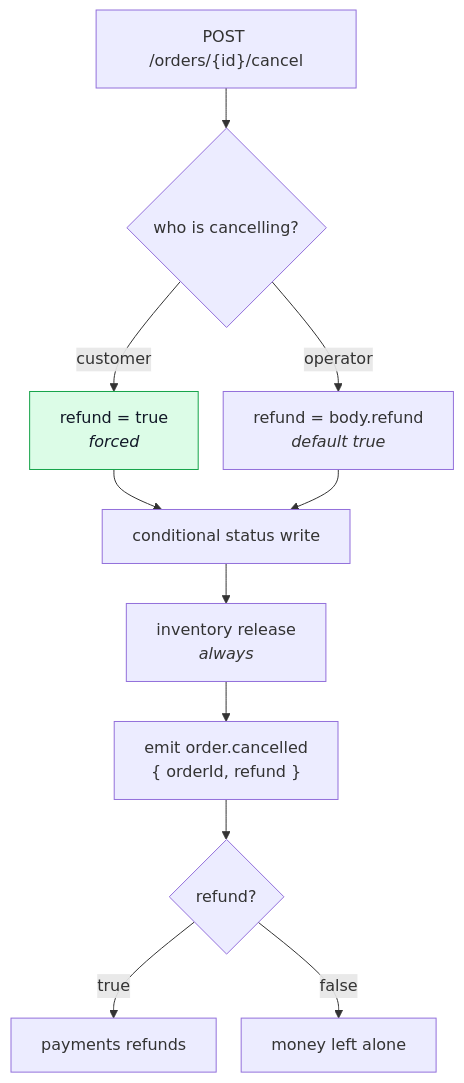
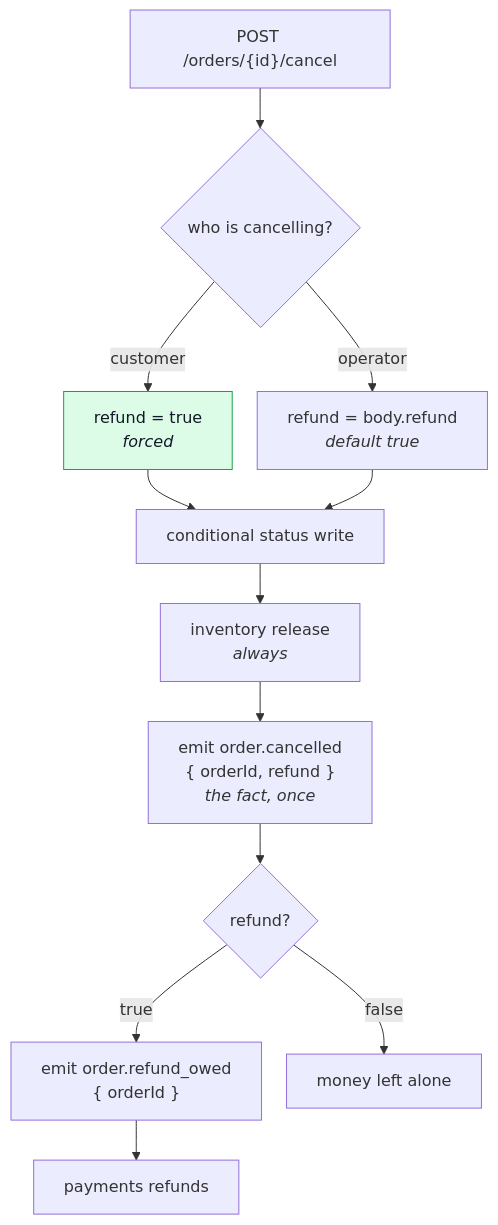
Before and after one commit to Guebbit/boilerplate-node-backend: the sixth of 11 diagrams in docs/theory/tactical-ddd.md, drawn with Mermaid. The commit also changed other lines of this file and 12 other files, not shown here.

First line of the commit message:
fix(orders): retry the owed refund, not the cancellation

````diff
--- a/docs/theory/tactical-ddd.md
+++ b/docs/theory/tactical-ddd.md
@@ -233,17 +239,18 @@
 ```mermaid
 %%{init: {'flowchart': {'nodeSpacing': 25, 'rankSpacing': 40}}}%%
 flowchart TD
     C["POST /orders/{id}/cancel"] --> S{"who is cancelling?"}
     S -->|customer| F["refund = true<br/><i>forced</i>"]
     S -->|operator| O["refund = body.refund<br/><i>default true</i>"]
     F --> W["conditional status write"]
     O --> W
     W --> R["inventory release<br/><i>always</i>"]
-    R --> E["emit order.cancelled<br/>{ orderId, refund }"]
+    R --> E["emit order.cancelled<br/>{ orderId, refund }<br/><i>the fact, once</i>"]
     E --> P{"refund?"}
-    P -->|true| M["payments refunds"]
+    P -->|true| M2["emit order.refund_owed<br/>{ orderId }"]
+    M2 --> M["payments refunds"]
     P -->|false| N["money left alone"]
 
     classDef forced fill:#dcfce7,stroke:#16a34a,color:#111827;
     class F forced;
 ```
````
